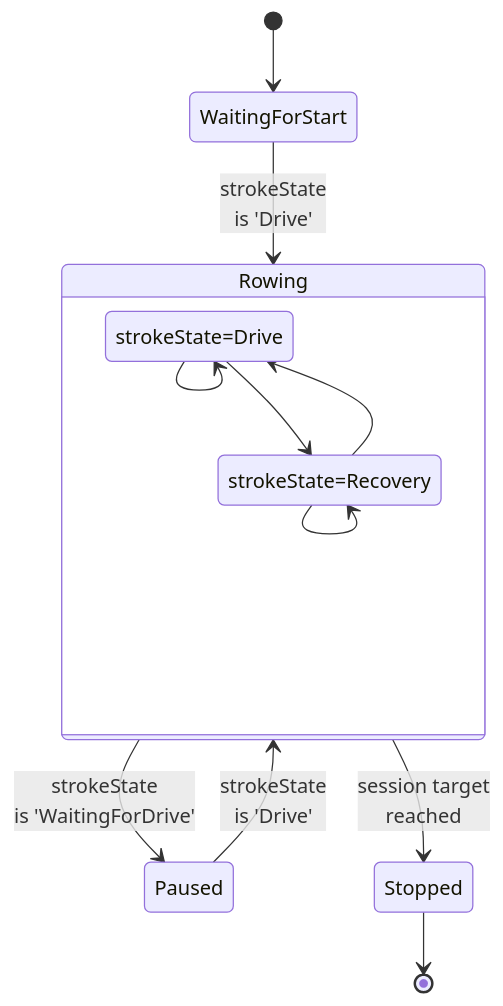
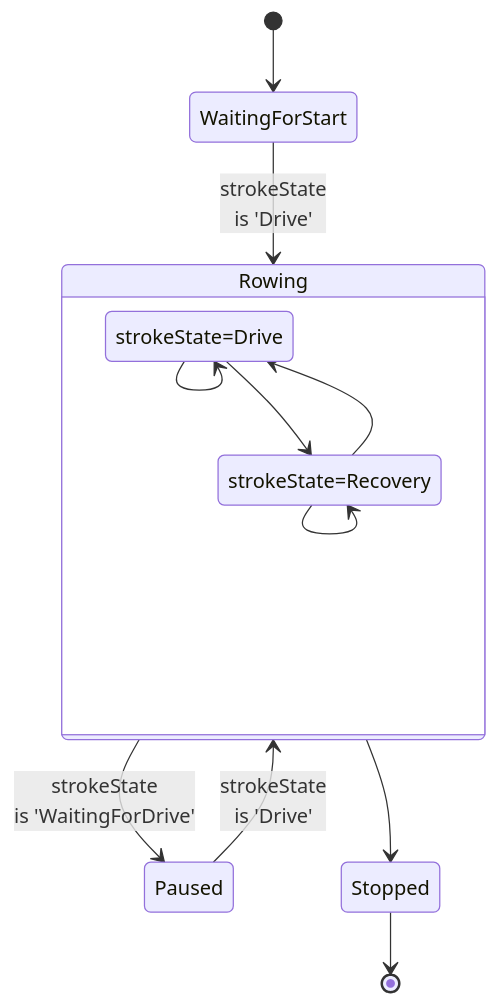
One commit to laberning/openrowingmonitor changed the third of 4 diagrams in docs/Architecture.md. Above: the diagram before and after it, drawn with Mermaid.

````diff
--- a/docs/Architecture.md
+++ b/docs/Architecture.md
@@ -65,15 +65,15 @@
 ```mermaid
 stateDiagram-v2
     [*] --> WaitingForStart
     WaitingForStart --> Rowing: strokeState<br>is 'Drive'
     state Rowing {
         strokeState=Drive --> strokeState=Recovery
         strokeState=Drive --> strokeState=Drive
         strokeState=Recovery --> strokeState=Drive
         strokeState=Recovery --> strokeState=Recovery
     }
     Rowing --> Paused: strokeState<br>is 'WaitingForDrive'
     Paused --> Rowing: strokeState<br>is 'Drive'
-    Rowing --> Stopped: session target<br>reached
+    Rowing --> Stopped
     Stopped --> [*]
 ```
````
